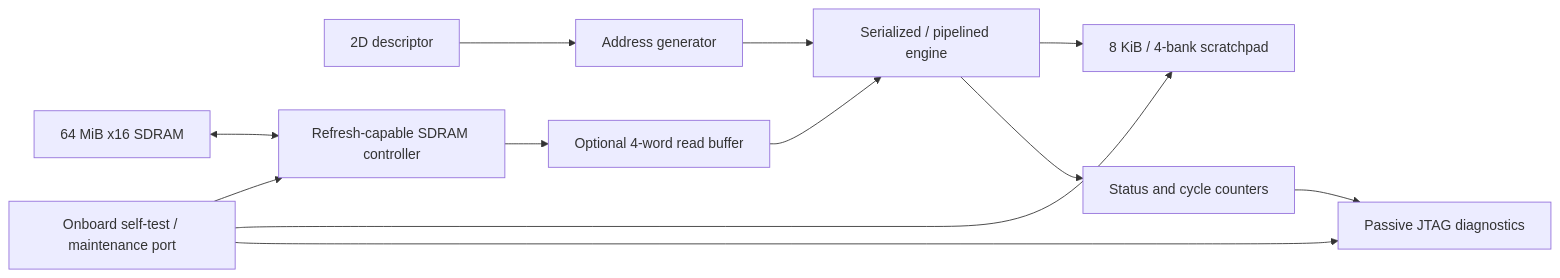
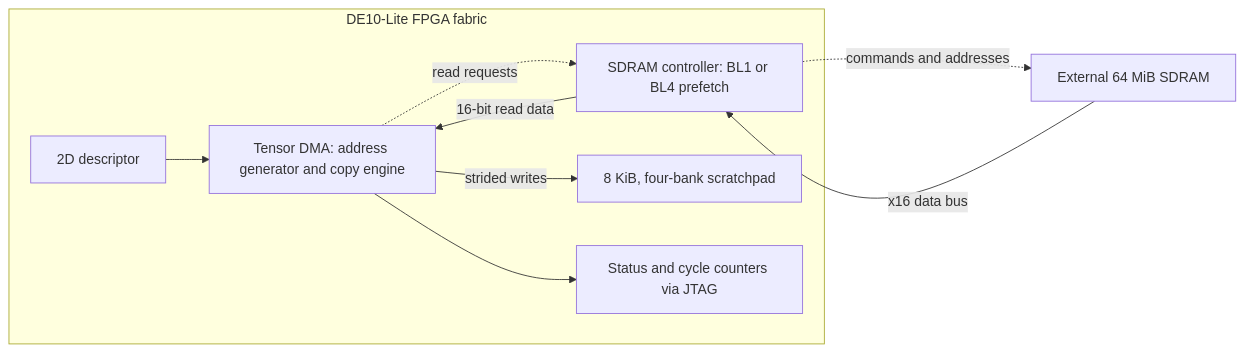
One commit to felixchen2007/tensor-memory-accelerator changed the diagram in README.md. Above: the diagram before and after it, drawn with Mermaid. The commit also changed other lines of this file and 4 other files, not shown here.

````diff
--- a/README.md
+++ b/README.md
@@ -46,14 +44,12 @@
 ```mermaid
 flowchart LR
-    D[2D descriptor] --> A[Address generator]
-    A --> E[Serialized / pipelined engine]
-    M[64 MiB x16 SDRAM] <--> C[Refresh-capable SDRAM controller]
-    C --> B[Optional 4-word read buffer]
-    B --> E
-    E --> P[8 KiB / 4-bank scratchpad]
-    T[Onboard self-test / maintenance port] --> C
-    T --> P
-    E --> S[Status and cycle counters]
-    T --> J[Passive JTAG diagnostics]
-    S --> J
+    subgraph FPGA["DE10-Lite FPGA fabric"]
+        D["2D descriptor"] --> E["Tensor DMA: address generator and copy engine"]
+        C["SDRAM controller: BL1 or BL4 prefetch"] -->|"16-bit read data"| E
+        E -->|"strided writes"| P["8 KiB, four-bank scratchpad"]
+        E --> J["Status and cycle counters via JTAG"]
+    end
+    M["External 64 MiB SDRAM"] -->|"x16 data bus"| C
+    E -.->|"read requests"| C
+    C -.->|"commands and addresses"| M
 ```
````
